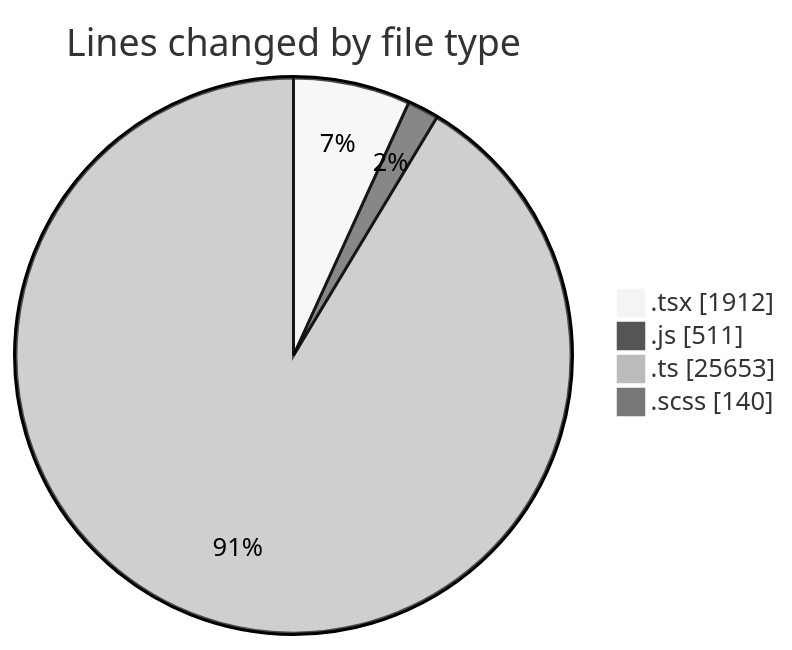
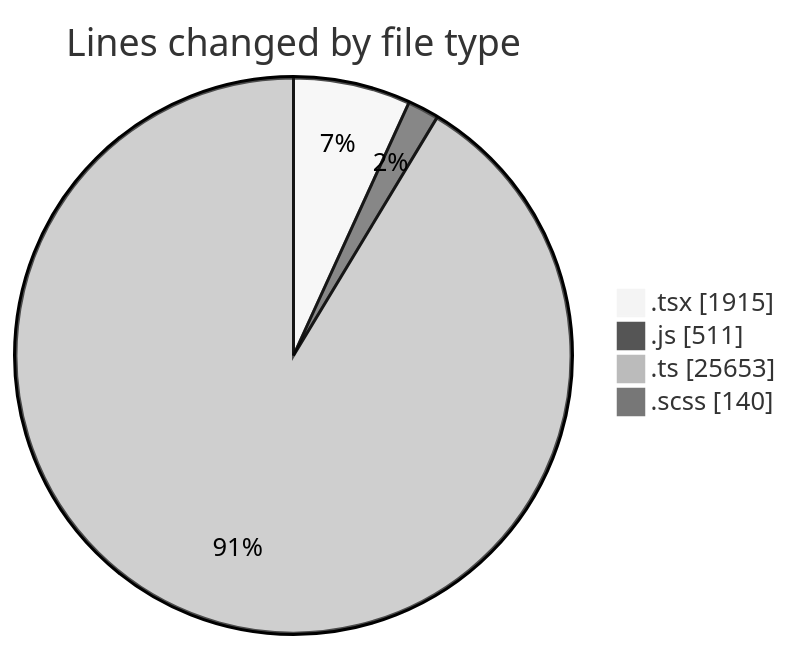
One commit to momahboobian/code-tracking changed the first of 2 diagrams in 2025-06-30/cda/README.md. Above: the diagram before and after it, drawn with Mermaid (neutral theme). The commit also changed other lines of this file and 1 other file, not shown here.

````diff
--- a/2025-06-30/cda/README.md
+++ b/2025-06-30/cda/README.md
@@ -39,8 +39,8 @@
 ```mermaid
 pie showData
 title Lines changed by file type
-".tsx" : 1912
+".tsx" : 1915
 ".js" : 511
 ".ts" : 25653
 ".scss" : 140
 ```
````
